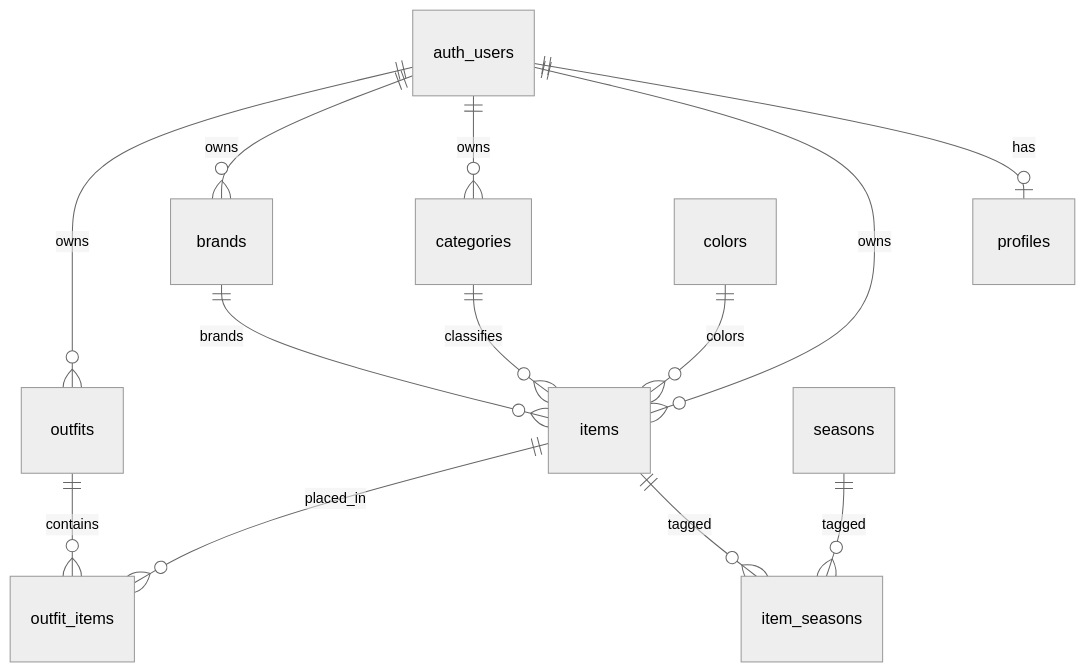
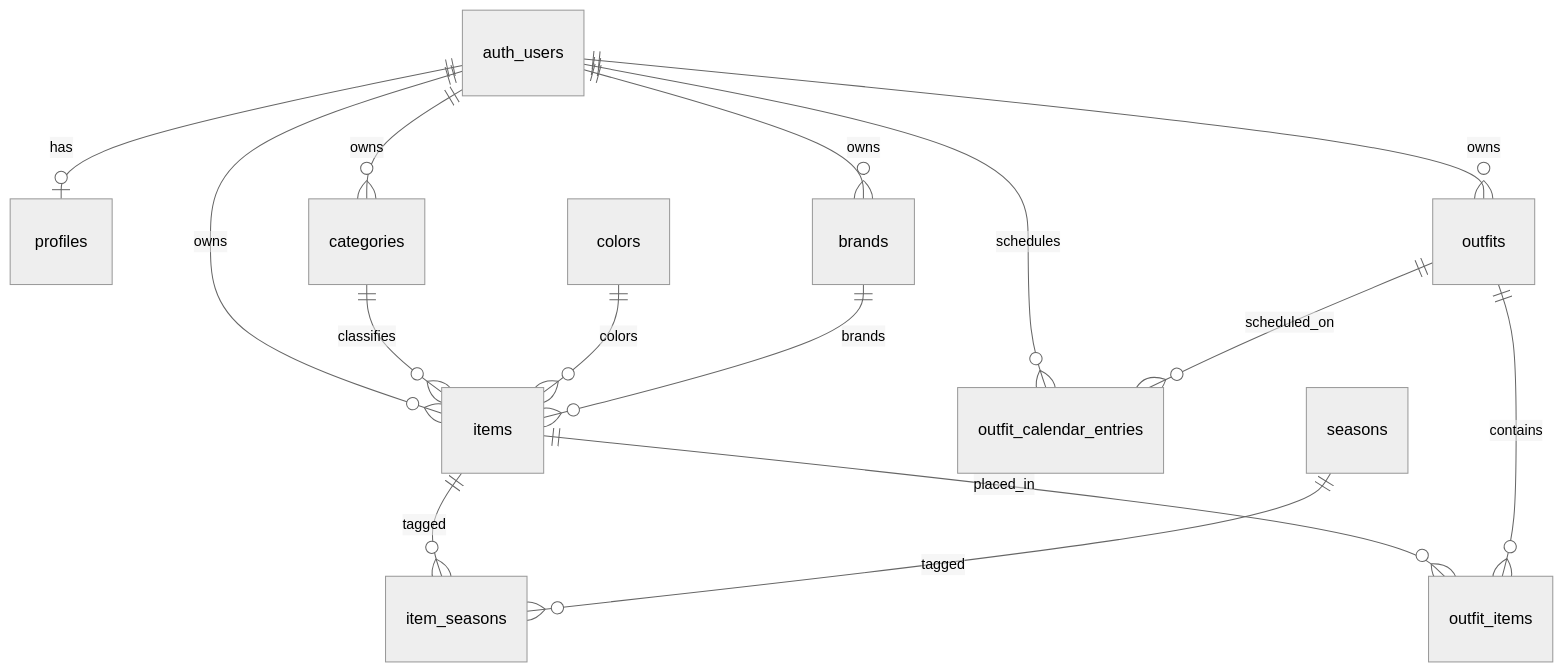
The diagram in docs/database-schema.md (joshuarbt/garde-robe), drawn with Mermaid (neutral theme) before and after one commit. The commit also changed other lines of this file and 29 other files, not shown here.

````diff
--- a/docs/database-schema.md
+++ b/docs/database-schema.md
@@ -14,15 +14,17 @@
 ```mermaid
 erDiagram
   auth_users ||--o| profiles : has
   auth_users ||--o{ items : owns
   auth_users ||--o{ categories : owns
   auth_users ||--o{ brands : owns
   auth_users ||--o{ outfits : owns
+  auth_users ||--o{ outfit_calendar_entries : schedules
   categories ||--o{ items : classifies
   colors ||--o{ items : colors
   brands ||--o{ items : brands
   items ||--o{ item_seasons : tagged
   seasons ||--o{ item_seasons : tagged
   items ||--o{ outfit_items : placed_in
   outfits ||--o{ outfit_items : contains
+  outfits ||--o{ outfit_calendar_entries : scheduled_on
 ```
````
